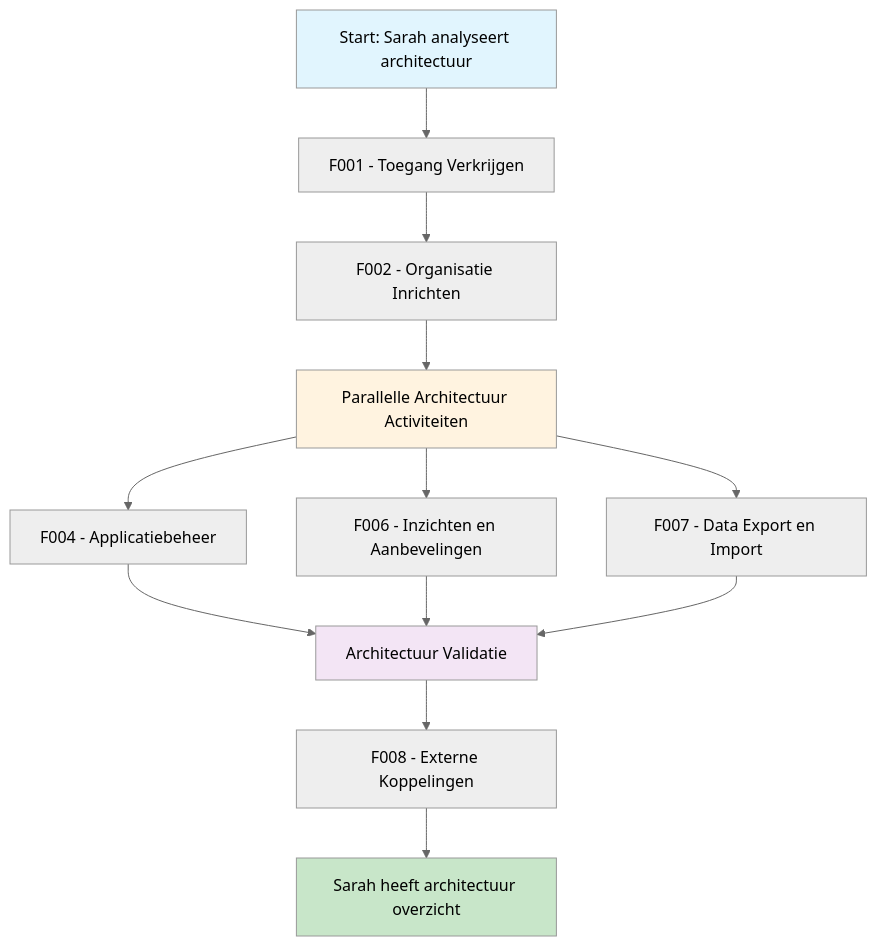
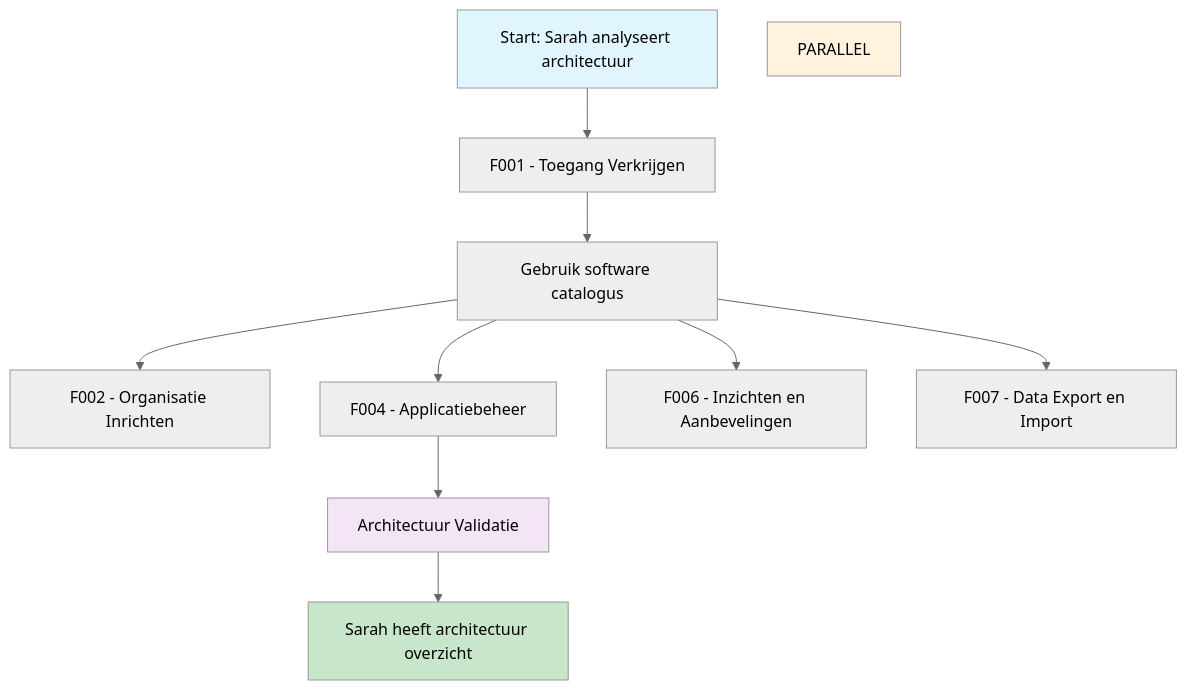
The diagram in website/docs/Klantreizen/klantreis_architectuur-expert.md (VNG-Realisatie/Softwarecatalogus), drawn with Mermaid (neutral theme) before and after one commit. The commit also changed 4 other files, not shown here.

````diff
--- a/website/docs/Klantreizen/klantreis_architectuur-expert.md
+++ b/website/docs/Klantreizen/klantreis_architectuur-expert.md
@@ -37,22 +37,18 @@
 ```mermaid
 flowchart TD
     A[Start: Sarah analyseert architectuur] --> F001[F001 - Toegang Verkrijgen]
-    F001 --> F002[F002 - Organisatie Inrichten]
-    F002 --> PARALLEL[Parallelle Architectuur Activiteiten]
-    
-    PARALLEL --> F004[F004 - Applicatiebeheer]
-    PARALLEL --> F006[F006 - Inzichten en Aanbevelingen]
-    PARALLEL --> F007[F007 - Data Export en Import]
+    F001 --> GEBRUIK[Gebruik software catalogus]
+    GEBRUIK --> F002[F002 - Organisatie Inrichten]    
+    GEBRUIK --> F004[F004 - Applicatiebeheer]
+    GEBRUIK --> F006[F006 - Inzichten en Aanbevelingen]
+    GEBRUIK --> F007[F007 - Data Export en Import]
     
     F004 --> VALIDATE[Architectuur Validatie]
-    F006 --> VALIDATE
-    F007 --> VALIDATE
     
-    VALIDATE --> F008[F008 - Externe Koppelingen]
-    F008 --> END[Sarah heeft architectuur overzicht]
+    VALIDATE --> END[Sarah heeft architectuur overzicht]
     
     style A fill:#e1f5fe
     style END fill:#c8e6c9
     style PARALLEL fill:#fff3e0
     style VALIDATE fill:#f3e5f5
 ```
````
